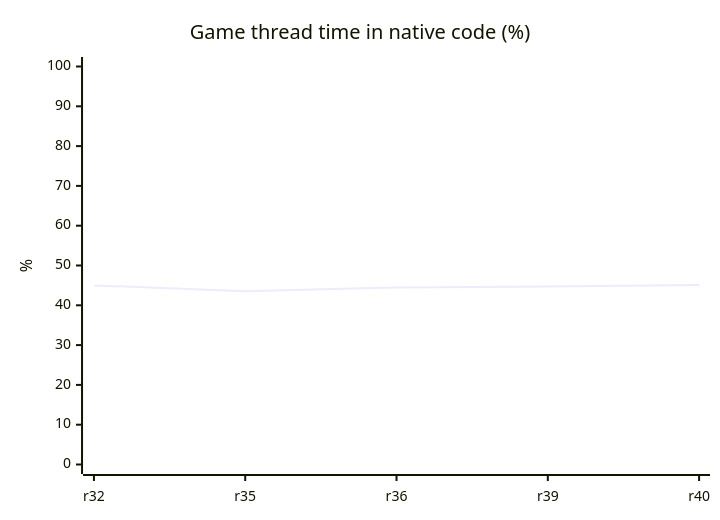
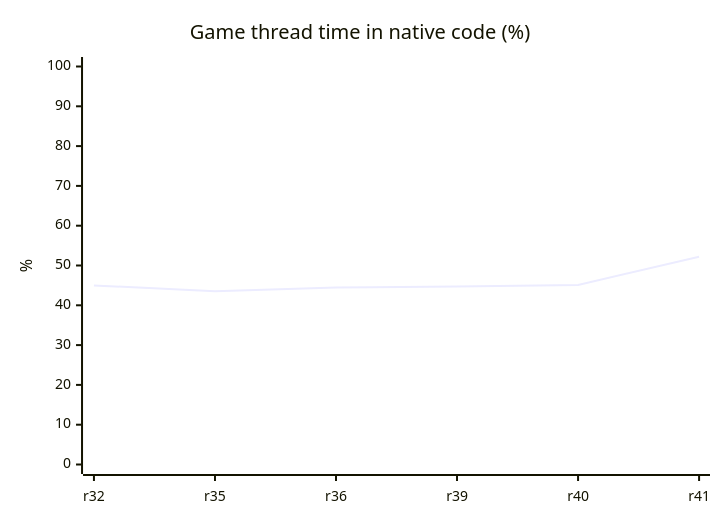
One commit to HenryKun55/celosia changed the diagram in README.md. Above: the diagram before and after it, drawn with Mermaid. The commit also changed other lines of this file and 24 other files, not shown here.

````diff
--- a/README.md
+++ b/README.md
@@ -246,7 +247,7 @@
 ```mermaid
 xychart-beta
     title "Game thread time in native code (%)"
-    x-axis ["r32", "r35", "r36", "r39", "r40"]
+    x-axis ["r32", "r35", "r36", "r39", "r40", "r41"]
     y-axis "%" 0 --> 100
-    line [45.0, 43.5, 44.5, 44.7, 45.1]
+    line [45.0, 43.5, 44.5, 44.7, 45.1, 52.2]
 ```
````
